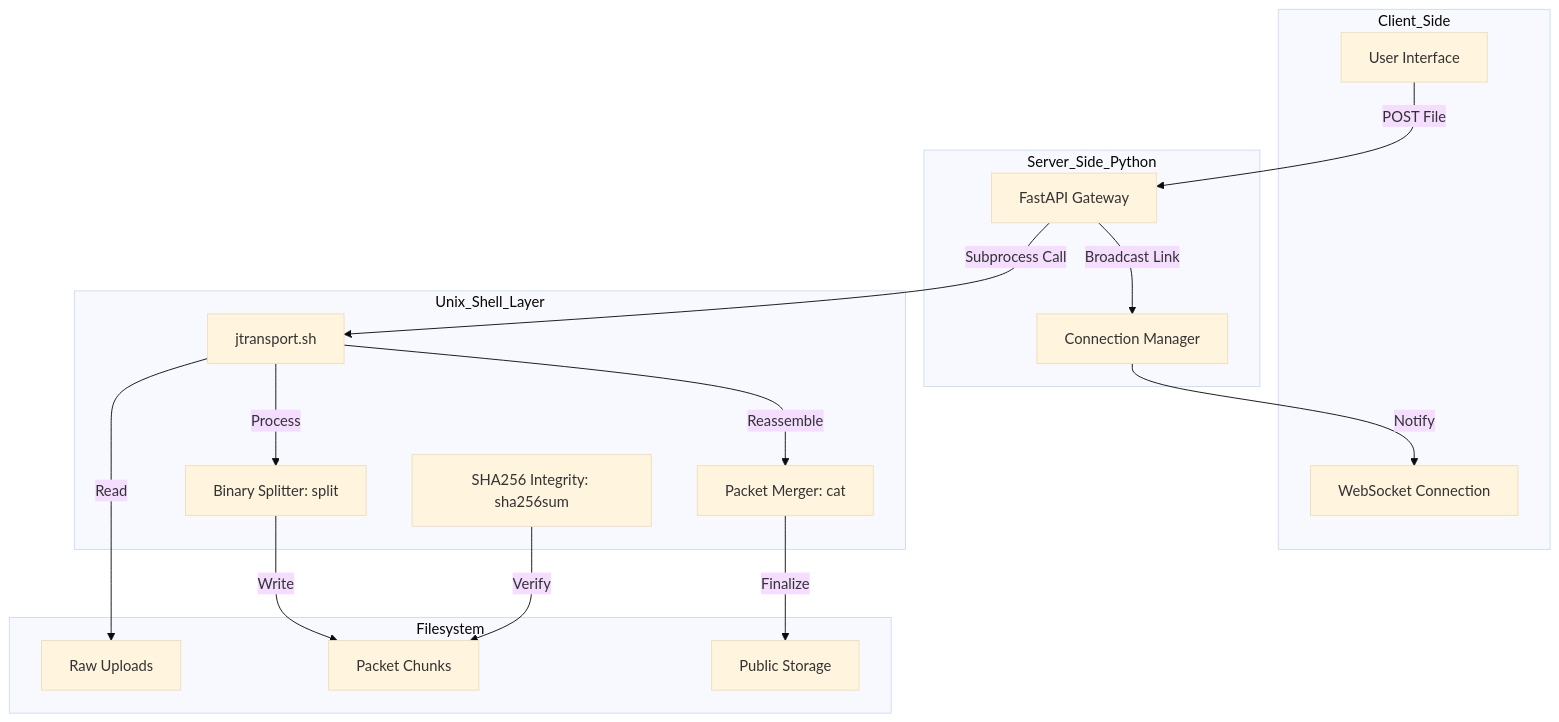
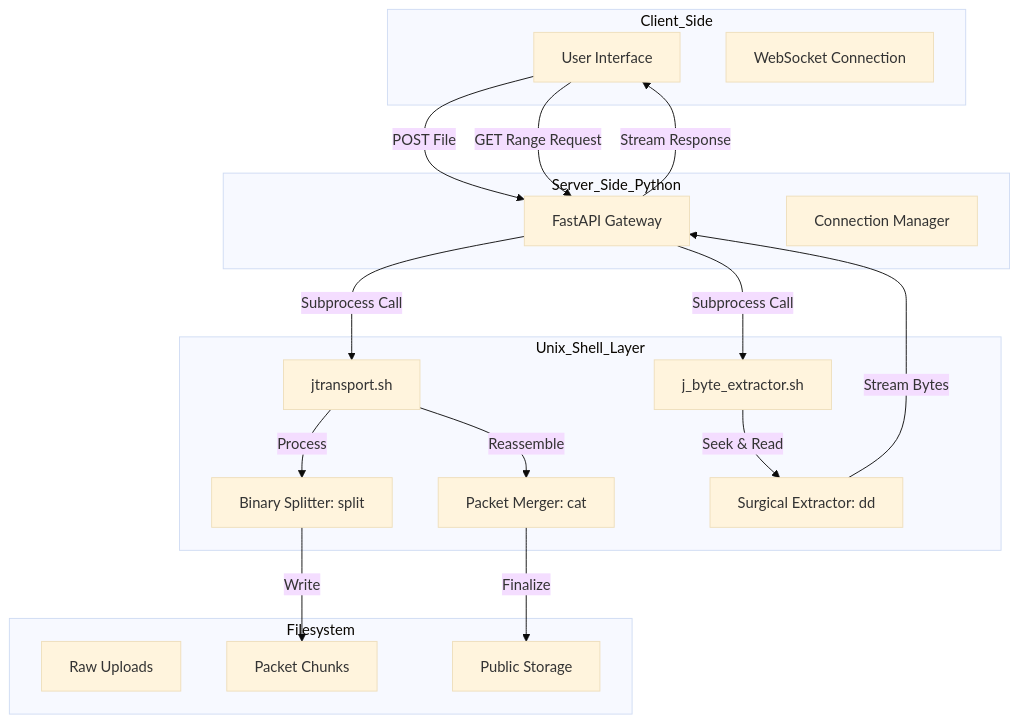
One commit to Harsimran-singh-7765/Jroute changed the diagram in readme.md. Above: the diagram before and after it, drawn with Mermaid (base theme). The commit also changed other lines of this file and 7 other files, not shown here.

`````diff
--- a/readme.md
+++ b/readme.md
@@ -62,36 +61,39 @@
 ```mermaid
 graph TD
     subgraph Client_Side
         User[User Interface]
         WS[WebSocket Connection]
     end
 
     subgraph Server_Side_Python
         API[FastAPI Gateway]
         CM[Connection Manager]
     end
 
     subgraph Unix_Shell_Layer
         Bash[jtransport.sh]
+        Extractor[j_byte_extractor.sh]
         Split[Binary Splitter: split]
-        Hash[SHA256 Integrity: sha256sum]
+        DD[Surgical Extractor: dd]
         Merge[Packet Merger: cat]
     end
 
     subgraph Filesystem
         Uploads[Raw Uploads]
         Chunks[Packet Chunks]
         Shared[Public Storage]
     end
 
     User -->|POST File| API
     API -->|Subprocess Call| Bash
-    Bash -->|Read| Uploads
     Bash -->|Process| Split
     Split -->|Write| Chunks
-    Hash -->|Verify| Chunks
     Bash -->|Reassemble| Merge
     Merge -->|Finalize| Shared
-    API -->|Broadcast Link| CM
-    CM -->|Notify| WS
-```
+    
+    User -->|GET Range Request| API
+    API -->|Subprocess Call| Extractor
+    Extractor -->|Seek & Read| DD
+    DD -->|Stream Bytes| API
+    API -->|Stream Response| User
+````
`````
